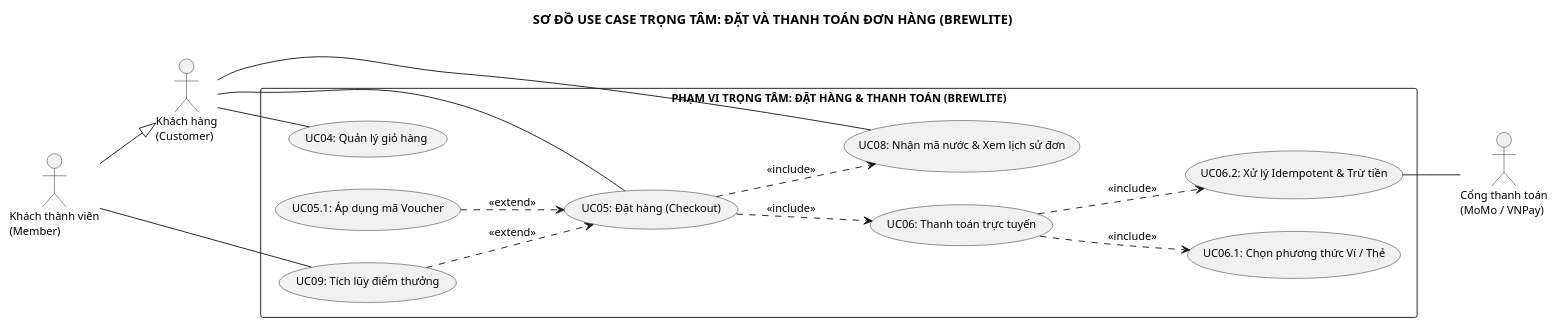
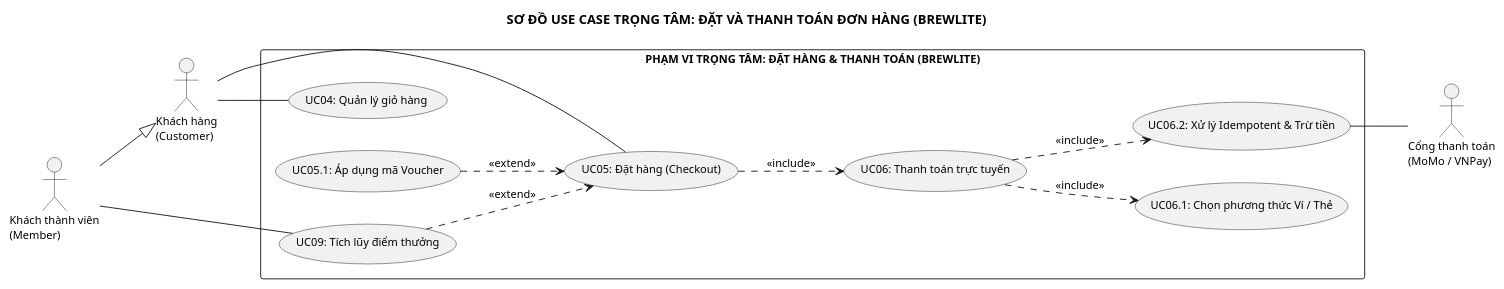
Before and after one commit to nphat-code/swe-project: the diagram in docs/diagrams/use-case/use-case-checkout.puml, drawn with PlantUML. The commit also changed 6 other files, not shown here.

Commit message:
fix(use-case): fix UML generalization redundancy by assigning UC08 exclusively to Member

```diff
--- a/docs/diagrams/use-case/use-case-checkout.puml
+++ b/docs/diagrams/use-case/use-case-checkout.puml
@@ -1,43 +1,40 @@
 @startuml use-case-checkout
 title SƠ ĐỒ USE CASE TRỌNG TÂM: ĐẶT VÀ THANH TOÁN ĐƠN HÀNG (BREWLITE)
 left to right direction
 skinparam monochrome true
 skinparam shadowing false
 skinparam defaultFontName "Arial"
 skinparam defaultFontSize 12
 skinparam packageStyle rectangle
 
 actor "Khách hàng\n(Customer)" as Customer
 actor "Khách thành viên\n(Member)" as Member
 actor "Cổng thanh toán\n(MoMo / VNPay)" as PaymentGW
 
 Member --|> Customer
 
 rectangle "PHẠM VI TRỌNG TÂM: ĐẶT HÀNG & THANH TOÁN (BREWLITE)" {
     usecase "UC04: Quản lý giỏ hàng" as UC4
     usecase "UC05: Đặt hàng (Checkout)" as UC5
     usecase "UC05.1: Áp dụng mã Voucher" as UC5_1
     
     usecase "UC06: Thanh toán trực tuyến" as UC6
     usecase "UC06.1: Chọn phương thức Ví / Thẻ" as UC6_1
     usecase "UC06.2: Xử lý Idempotent & Trừ tiền" as UC6_2
     
-    usecase "UC08: Nhận mã nước & Xem lịch sử đơn" as UC8
     usecase "UC09: Tích lũy điểm thưởng" as UC9
 }
 
 Customer -- UC4
 Customer -- UC5
-Customer -- UC8
 
 UC5 ..> UC6 : <<include>>
 UC5_1 ..> UC5 : <<extend>>
 
 UC6 ..> UC6_1 : <<include>>
 UC6 ..> UC6_2 : <<include>>
 UC6_2 -- PaymentGW
 
-UC5 ..> UC8 : <<include>>
 UC9 ..> UC5 : <<extend>>
 Member -- UC9
 @enduml
```
